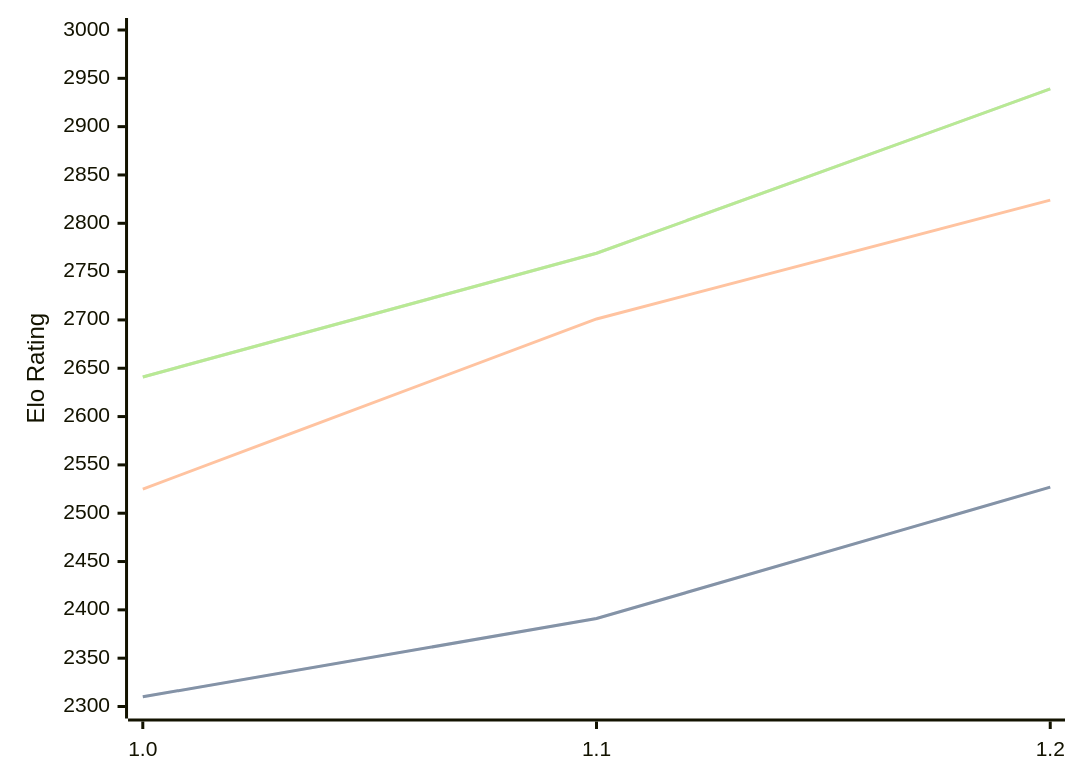
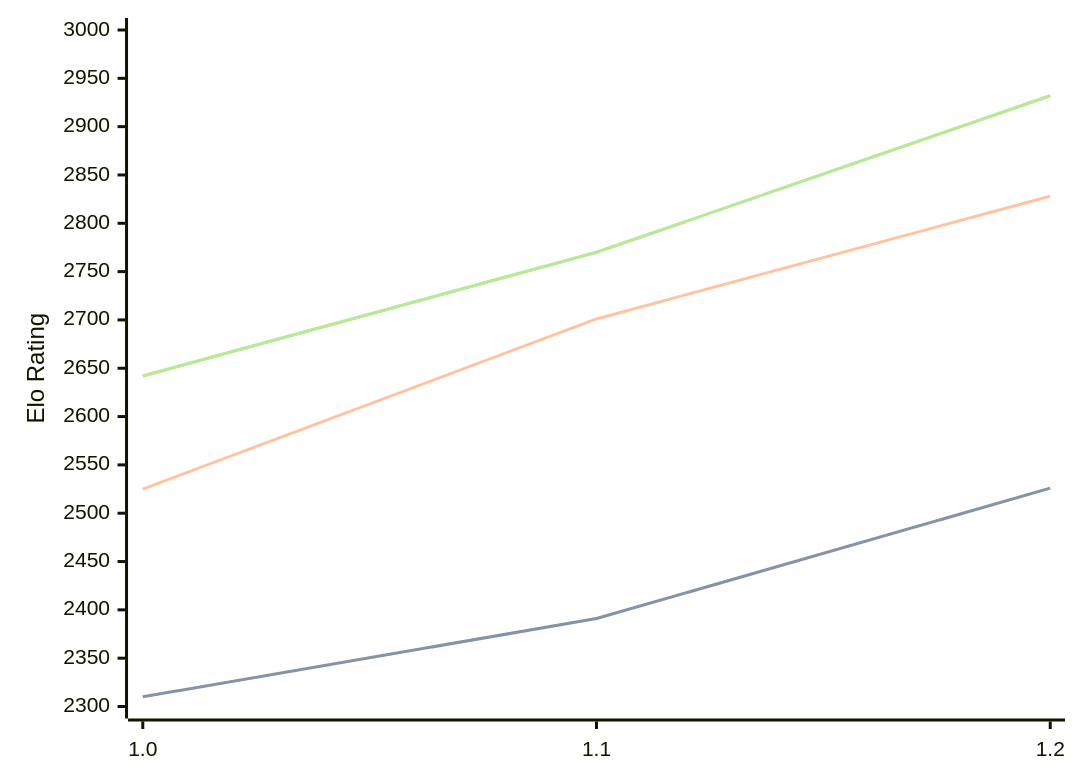
One commit to computer-chess-index/cci changed the first of 3 diagrams in engines/FoxChess.md. Above: the diagram before and after it, drawn with Mermaid. The commit also changed other lines of this file, not shown here.

Commit message:
Update CCI Ratings (ELO VLTC) - 2026-07-14

````diff
--- a/engines/FoxChess.md
+++ b/engines/FoxChess.md
@@ -33,11 +33,11 @@
 ```mermaid
 %%{init: {"theme":"base","themeVariables":{"seriesColors:['#a3a3a3','#222221','#faa371']}}}%%
 xychart-beta
   x-axis ["1.0", "1.1", "1.2"]
   y-axis "Elo Rating" 2300 --> 3000
-  line "STC (8.0+0.08s)" [2310, 2391, 2527]
-  line "STC (8.0+0.08s)" [2310, 2391, 2527]
-  line "LTC (60.0+0.60s)" [2525, 2701, 2824]
-  line "VLTC (2m24s+1.12s)" [2641, 2769, 2939]
-  line "VLTC (2m24s+1.12s)" [2641, 2769, 2939]
+  line "STC (8.0+0.08s)" [2310, 2391, 2526]
+  line "STC (8.0+0.08s)" [2310, 2391, 2526]
+  line "LTC (60.0+0.60s)" [2525, 2701, 2828]
+  line "VLTC (2m24s+1.12s)" [2642, 2770, 2932]
+  line "VLTC (2m24s+1.12s)" [2642, 2770, 2932]
 ```
````
